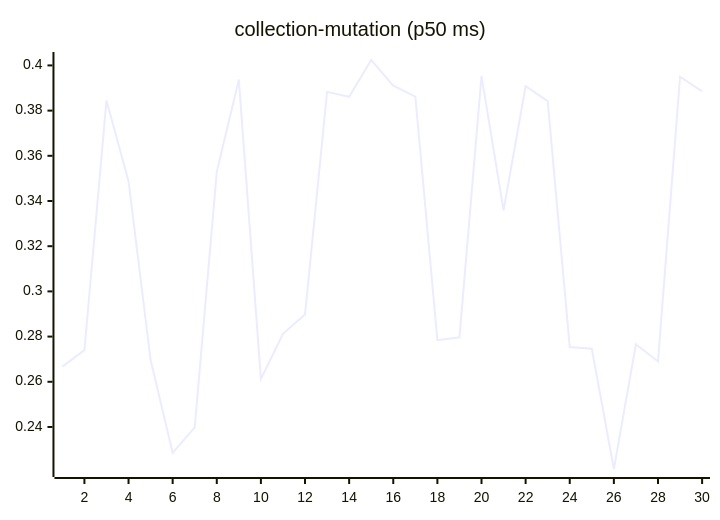
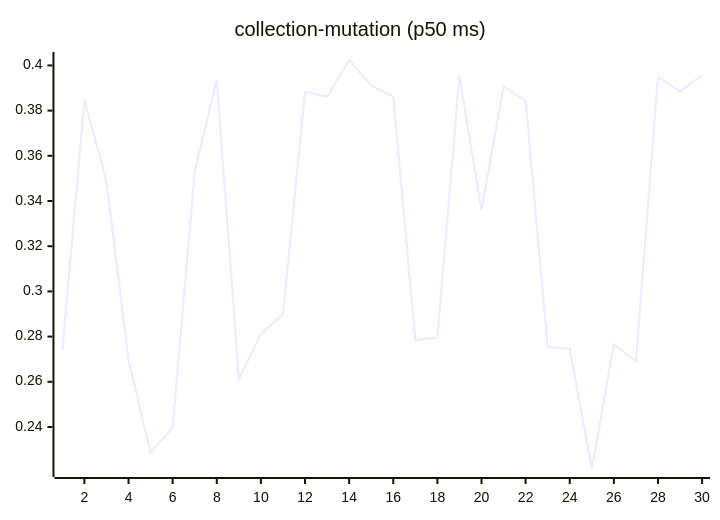
Before and after one commit to josha/Facet: the sixth of 27 diagrams in README.md, drawn with Mermaid. The commit also changed other lines of this file and 2 other files, not shown here.

````diff
--- a/README.md
+++ b/README.md
@@ -98,6 +98,6 @@
 ```mermaid
 xychart-beta
     title "collection-mutation (p50 ms)"
     x-axis 1 --> 30
-    line [0.2667, 0.2740, 0.3845, 0.3488, 0.2697, 0.2285, 0.2398, 0.3530, 0.3937, 0.2612, 0.2812, 0.2898, 0.3883, 0.3861, 0.4024, 0.3910, 0.3862, 0.2784, 0.2797, 0.3953, 0.3359, 0.3908, 0.3842, 0.2754, 0.2746, 0.2214, 0.2766, 0.2690, 0.3950, 0.3885]
+    line [0.2740, 0.3845, 0.3488, 0.2697, 0.2285, 0.2398, 0.3530, 0.3937, 0.2612, 0.2812, 0.2898, 0.3883, 0.3861, 0.4024, 0.3910, 0.3862, 0.2784, 0.2797, 0.3953, 0.3359, 0.3908, 0.3842, 0.2754, 0.2746, 0.2214, 0.2766, 0.2690, 0.3950, 0.3885, 0.3957]
 ```
````
